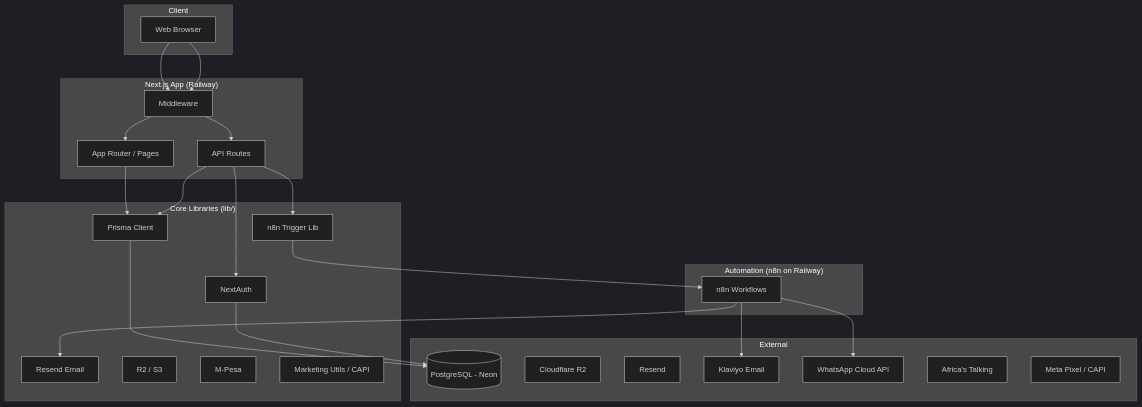
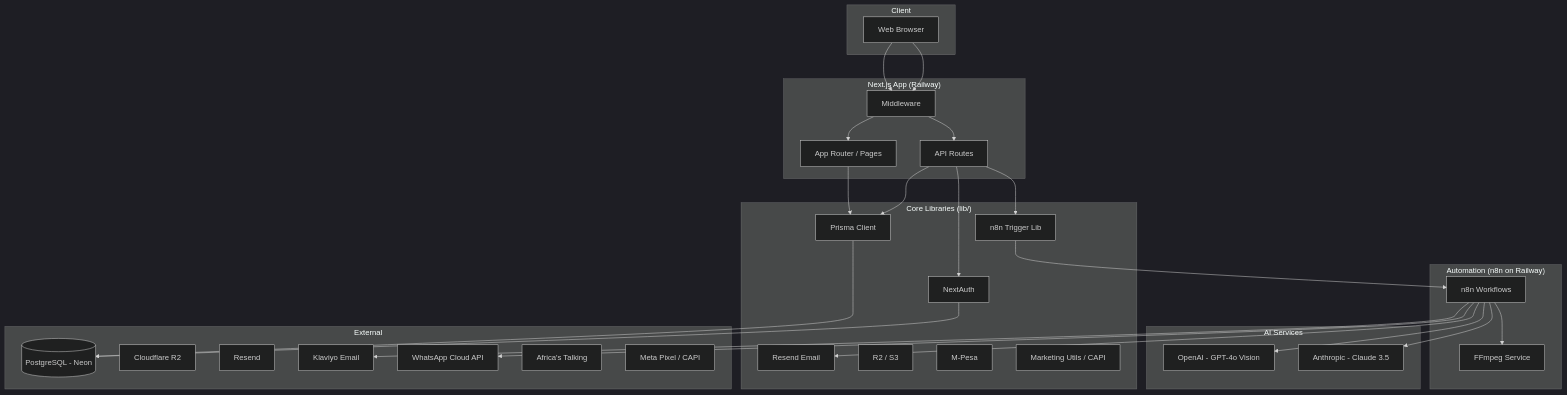
The first of 2 diagrams in docs/SYSTEM_ARCHITECTURE.md (Ezana-Group/printhub_africa), drawn with Mermaid (dark theme) before and after one commit. The commit also changed other lines of this file and 2 other files, not shown here.

````diff
--- a/docs/SYSTEM_ARCHITECTURE.md
+++ b/docs/SYSTEM_ARCHITECTURE.md
@@ -42,49 +42,58 @@
 ```mermaid
 flowchart TB
   subgraph Client
     Browser[Web Browser]
   end
 
   subgraph "Next.js App (Railway)"
     AppRouter[App Router / Pages]
     APIRoutes[API Routes]
     Middleware[Middleware]
   end
 
   subgraph "Automation (n8n on Railway)"
     Workflows[n8n Workflows]
+    FFmpeg[FFmpeg Service]
+  end
+
+  subgraph "AI Services"
+    OpenAI[OpenAI - GPT-4o Vision]
+    Claude[Anthropic - Claude 3.5]
   end
 
   subgraph "Core Libraries (lib/)"
     Auth[NextAuth]
     PrismaLib[Prisma Client]
     Email[Resend Email]
     n8nLib[n8n Trigger Lib]
     S3R2[R2 / S3]
     Mpesa[M-Pesa]
     Marketing[Marketing Utils / CAPI]
   end
 
   subgraph External
     DB[(PostgreSQL - Neon)]
     R2[Cloudflare R2]
     Resend[Resend]
     Klaviyo[Klaviyo Email]
     WhatsApp[WhatsApp Cloud API]
     SMS[Africa's Talking]
     Meta[Meta Pixel / CAPI]
   end
 
   Browser --> Middleware --> AppRouter
   Browser --> Middleware --> APIRoutes
   AppRouter --> PrismaLib
   APIRoutes --> Auth
   APIRoutes --> PrismaLib
   APIRoutes --> n8nLib
   n8nLib --> Workflows
   Workflows --> Email
   Workflows --> WhatsApp
   Workflows --> Klaviyo
+  Workflows --> FFmpeg
+  Workflows --> OpenAI
+  Workflows --> Claude
   PrismaLib --> DB
   Auth --> DB
 ```
````
